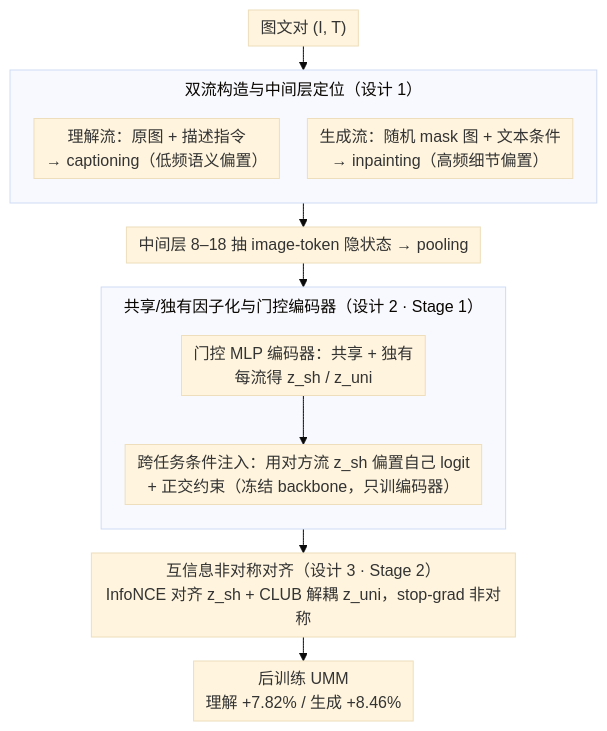
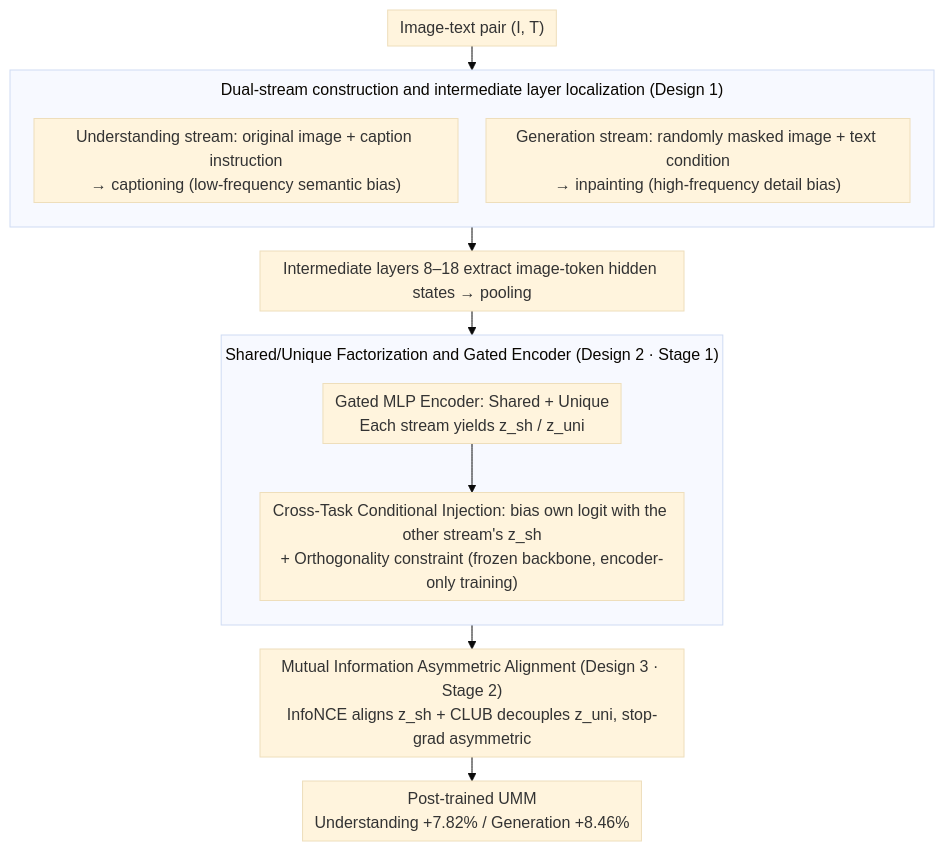
One commit to zhaoyang97/Paper-Notes-en changed the diagram in docs/ICML2026/multimodal_vlm/diva_harnessing_the_representation_divergence_in_unified_multimodal_models_for_m.md. Above: the diagram before and after it, drawn with Mermaid (base theme). The commit also changed 644 other files, not shown here.

````diff
--- a/docs/ICML2026/multimodal_vlm/diva_harnessing_the_representation_divergence_in_unified_multimodal_models_for_m.md
+++ b/docs/ICML2026/multimodal_vlm/diva_harnessing_the_representation_divergence_in_unified_multimodal_models_for_m.md
@@ -48,21 +48,21 @@
 ```mermaid
 %%{init: {'flowchart': {'rankSpacing': 24, 'nodeSpacing': 28, 'padding': 6, 'wrappingWidth': 400, 'subGraphTitleMargin': {'top': 8, 'bottom': 16}}}}%%
 flowchart TD
-    P["图文对 (I, T)"]
-    subgraph DUAL["双流构造与中间层定位（设计 1）"]
+    P["Image-text pair (I, T)"]
+    subgraph DUAL["Dual-stream construction and intermediate layer localization (Design 1)"]
         direction TB
-        U["理解流：原图 + 描述指令<br/>→ captioning（低频语义偏置）"]
-        G["生成流：随机 mask 图 + 文本条件<br/>→ inpainting（高频细节偏置）"]
+        U["Understanding stream: original image + caption instruction<br/>→ captioning (low-frequency semantic bias)"]
+        G["Generation stream: randomly masked image + text condition<br/>→ inpainting (high-frequency detail bias)"]
     end
     P --> DUAL
-    DUAL --> MID["中间层 8–18 抽 image-token 隐状态 → pooling"]
-    subgraph FAC["共享/独有因子化与门控编码器（设计 2 · Stage 1）"]
+    DUAL --> MID["Intermediate layers 8–18 extract image-token hidden states → pooling"]
+    subgraph FAC["Shared/Unique Factorization and Gated Encoder (Design 2 · Stage 1)"]
         direction TB
-        ENC["门控 MLP 编码器：共享 + 独有<br/>每流得 z_sh / z_uni"]
-        CTC["跨任务条件注入：用对方流 z_sh 偏置自己 logit<br/>+ 正交约束（冻结 backbone，只训编码器）"]
+        ENC["Gated MLP Encoder: Shared + Unique<br/>Each stream yields z_sh / z_uni"]
+        CTC["Cross-Task Conditional Injection: bias own logit with the other stream's z_sh<br/>+ Orthogonality constraint (frozen backbone, encoder-only training)"]
         ENC --> CTC
     end
     MID --> FAC
-    FAC --> S2["互信息非对称对齐（设计 3 · Stage 2）<br/>InfoNCE 对齐 z_sh + CLUB 解耦 z_uni，stop-grad 非对称"]
-    S2 --> OUT["后训练 UMM<br/>理解 +7.82% / 生成 +8.46%"]
+    FAC --> S2["Mutual Information Asymmetric Alignment (Design 3 · Stage 2)<br/>InfoNCE aligns z_sh + CLUB decouples z_uni, stop-grad asymmetric"]
+    S2 --> OUT["Post-trained UMM<br/>Understanding +7.82% / Generation +8.46%"]
 ```
````
